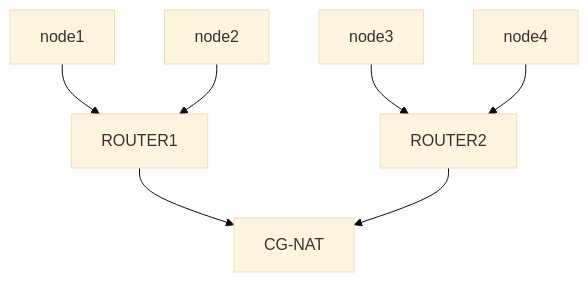
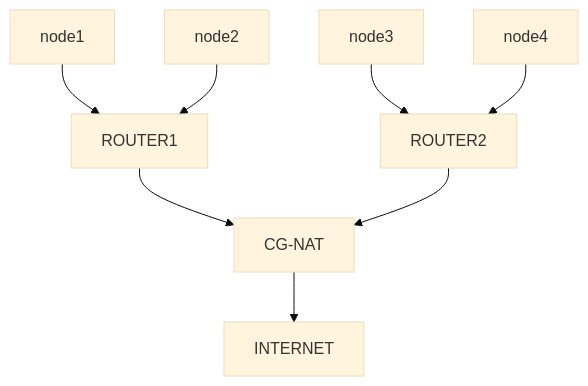
The diagram in esborrany.md (Afix-MAB/RBridge), drawn with Mermaid (base theme) before and after one commit.

Commit message:
TESTING GRAPH

````diff
--- a/esborrany.md
+++ b/esborrany.md
@@ -7,9 +7,10 @@
 ```mermaid
 graph TD;
     node1-->ROUTER1;
     node2-->ROUTER1;
     node3-->ROUTER2;
     node4-->ROUTER2;
     ROUTER1-->CG-NAT;
     ROUTER2-->CG-NAT;
+    CG-NAT-->INTERNET;
 ``` 
````
